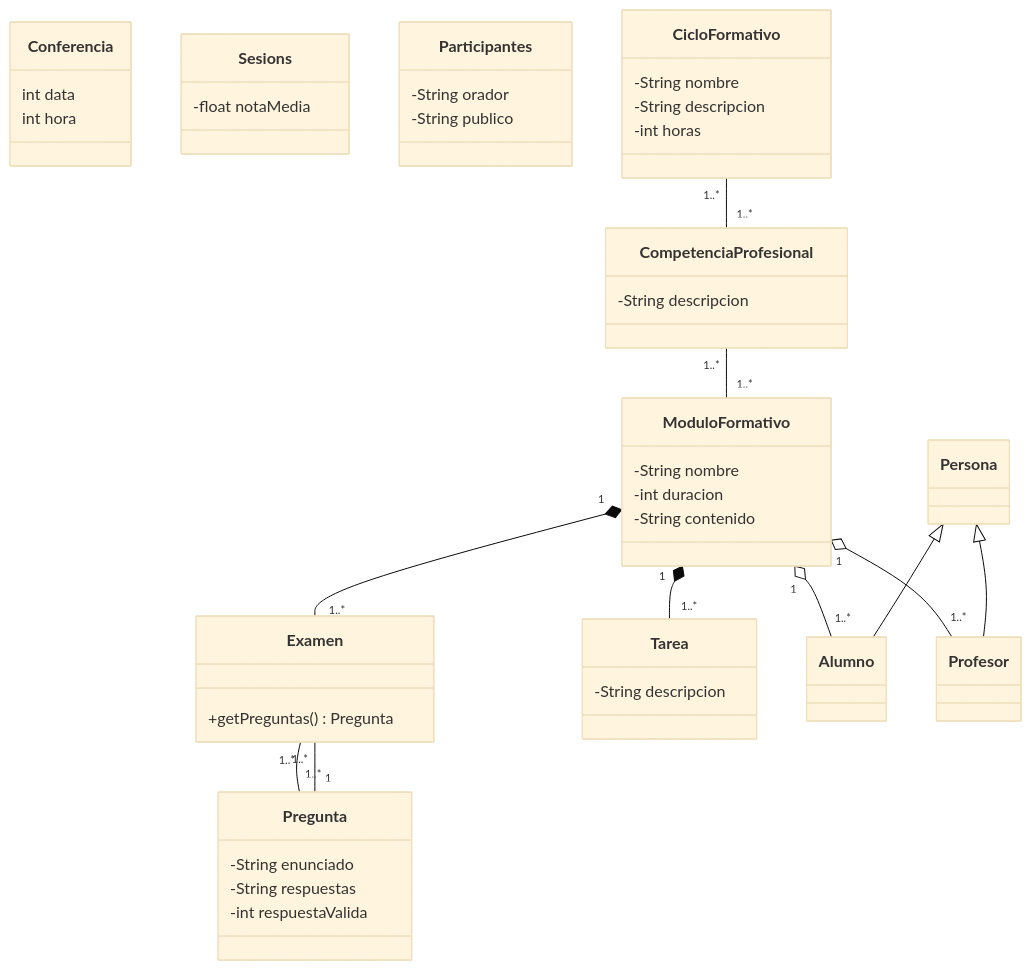
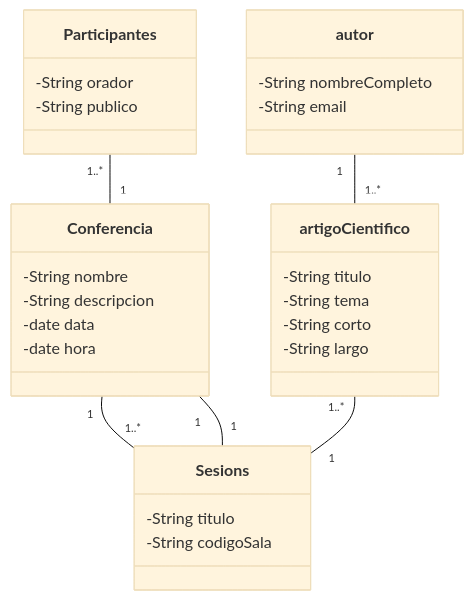
The diagram in ud3/e3/ejercicio3.md (jorgefeijoo/CD-2025-mio-back-up), drawn with Mermaid (base theme) before and after one commit.

Commit message:
ejercicio3 sin hacer

````diff
--- a/ud3/e3/ejercicio3.md
+++ b/ud3/e3/ejercicio3.md
@@ -1,74 +1,50 @@
 ```mermaid
 classDiagram
   
 
     class Conferencia{
-    int data
-    int hora
+    -String nombre
+    -String descripcion
+    -date data
+    -date hora
 
     }
 
     class Sesions{
-    -float notaMedia
+    -String titulo
+    -String codigoSala
     }
     
     
     class Participantes{
     -String orador
     -String publico
     }
     
    
 
 
-    class CicloFormativo{
-   -String nombre
-   -String descripcion
-   -int horas
+    class artigoCientifico{
+   -String titulo
+   -String tema
+   -String corto
+   -String largo
   
     }
 
-    class CompetenciaProfesional{
-    -String descripcion
-    
-   
-
+    class autor{
+    -String nombreCompleto
+    -String email
     }
 
-    class Examen{
-    +getPreguntas()Pregunta
-    }
-
-    class ModuloFormativo{
-    -String nombre
-    -int duracion
-    -String contenido
     
-   
-    }
-
-    class Pregunta{
-    -String enunciado
-    -String respuestas
-    -int respuestaValida
-    
-    }
-    class Tarea{
-    -String descripcion
-    }
 
 
+    Conferencia "1" --"1..*" Sesions
+    Sesions "1"--"1" Conferencia
+    Participantes "1..*" -- "1" Conferencia
+    artigoCientifico "1..*"-- "1" Sesions
+    autor "1"--"1..* " artigoCientifico
 
-
-    Persona <|-- Alumno
-    Persona <|-- Profesor
-    CicloFormativo "1..*" -- "1..*" CompetenciaProfesional
-    CompetenciaProfesional "1..*" -- "1..*" ModuloFormativo
-    Examen "1..*" -- "1" Pregunta
-    ModuloFormativo "1" o-- "1..*" Alumno
-    ModuloFormativo "1" o-- "1..*" Profesor
-    ModuloFormativo "1" *-- "1..*" Examen
-    ModuloFormativo "1" *-- "1..*" Tarea
-    Pregunta "1..*" -- "1..*" Examen
-
+    
 ```
````
